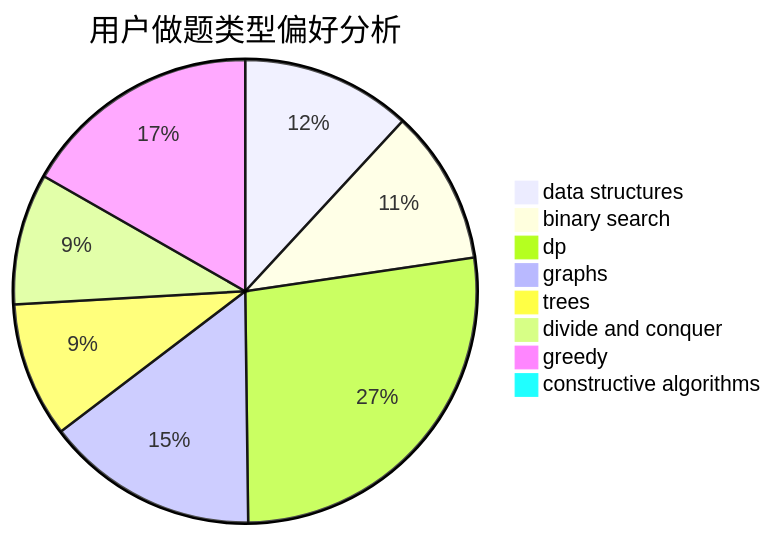
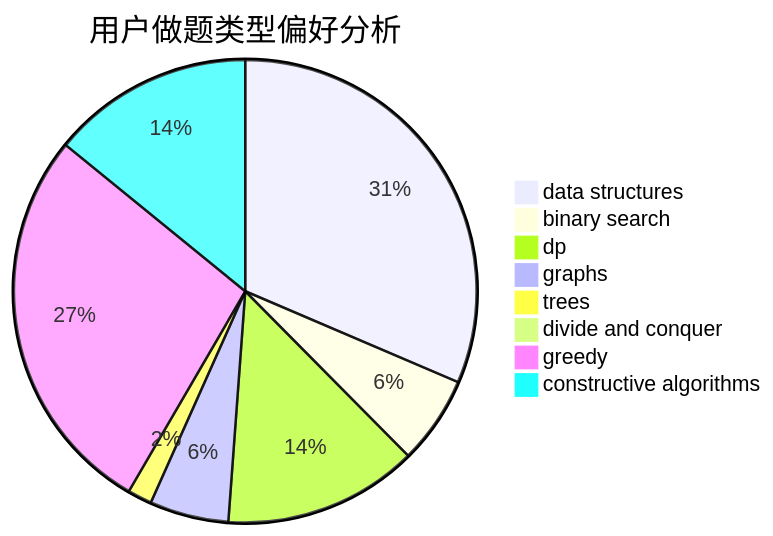
One commit to sherpahu/cfrs.github.io changed the second of 3 diagrams in docs/user/u572.md. Above: the diagram before and after it, drawn with Mermaid. The commit also changed other lines of this file and 2770 other files, not shown here.

````diff
--- a/docs/user/u572.md
+++ b/docs/user/u572.md
@@ -23,11 +23,11 @@
 ```mermaid
 pie title 用户做题类型偏好分析
-    "data structures" :  88
-    "binary search" :  80
-    "dp" :  201
-    "graphs" :  110
-    "trees" :  70
-    "divide and conquer" :  68
-    "greedy" :  124
-    "constructive algorithms" :  3
+    "data structures" :  296
+    "binary search" :  58
+    "dp" :  128
+    "graphs" :  52
+    "trees" :  16
+    "divide and conquer" :  2
+    "greedy" :  259
+    "constructive algorithms" :  133
 ```
````
